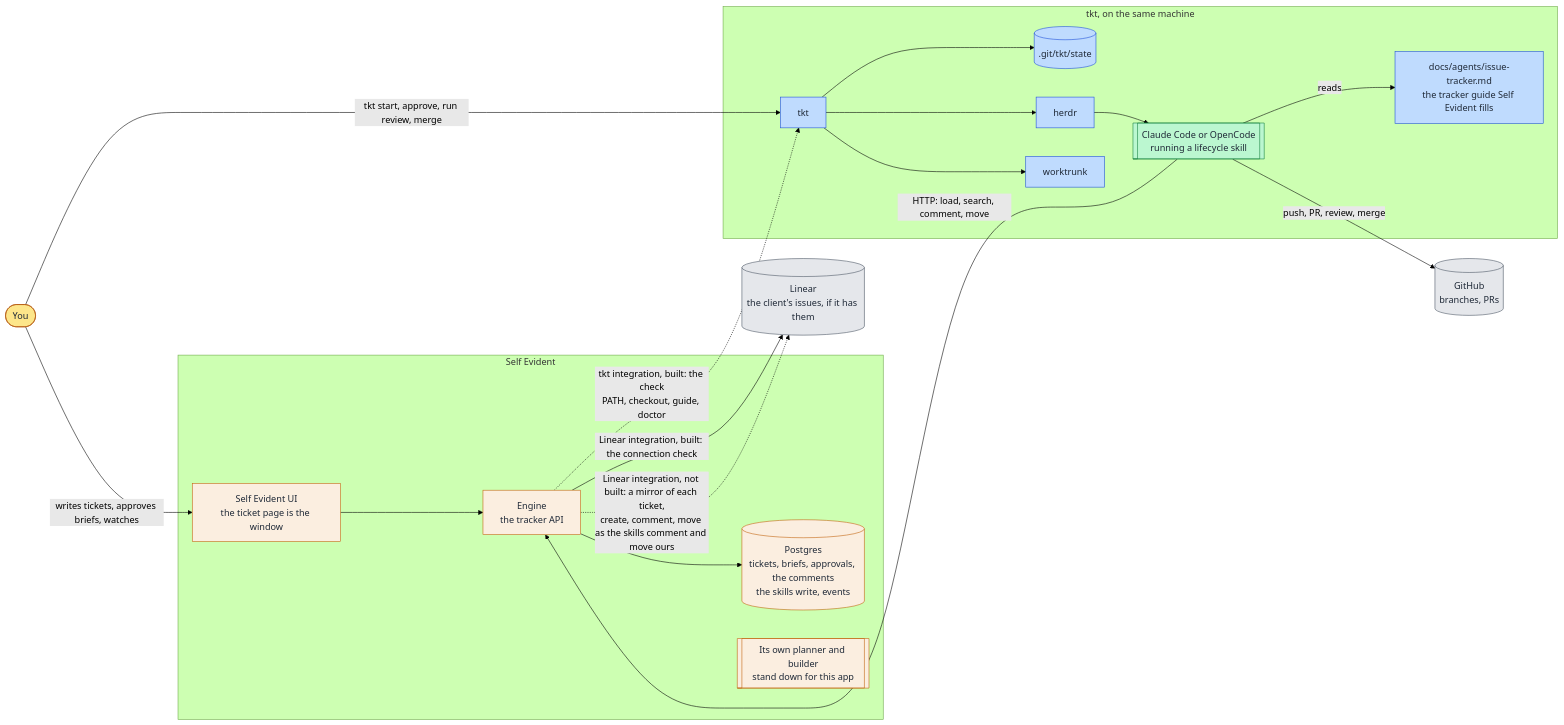
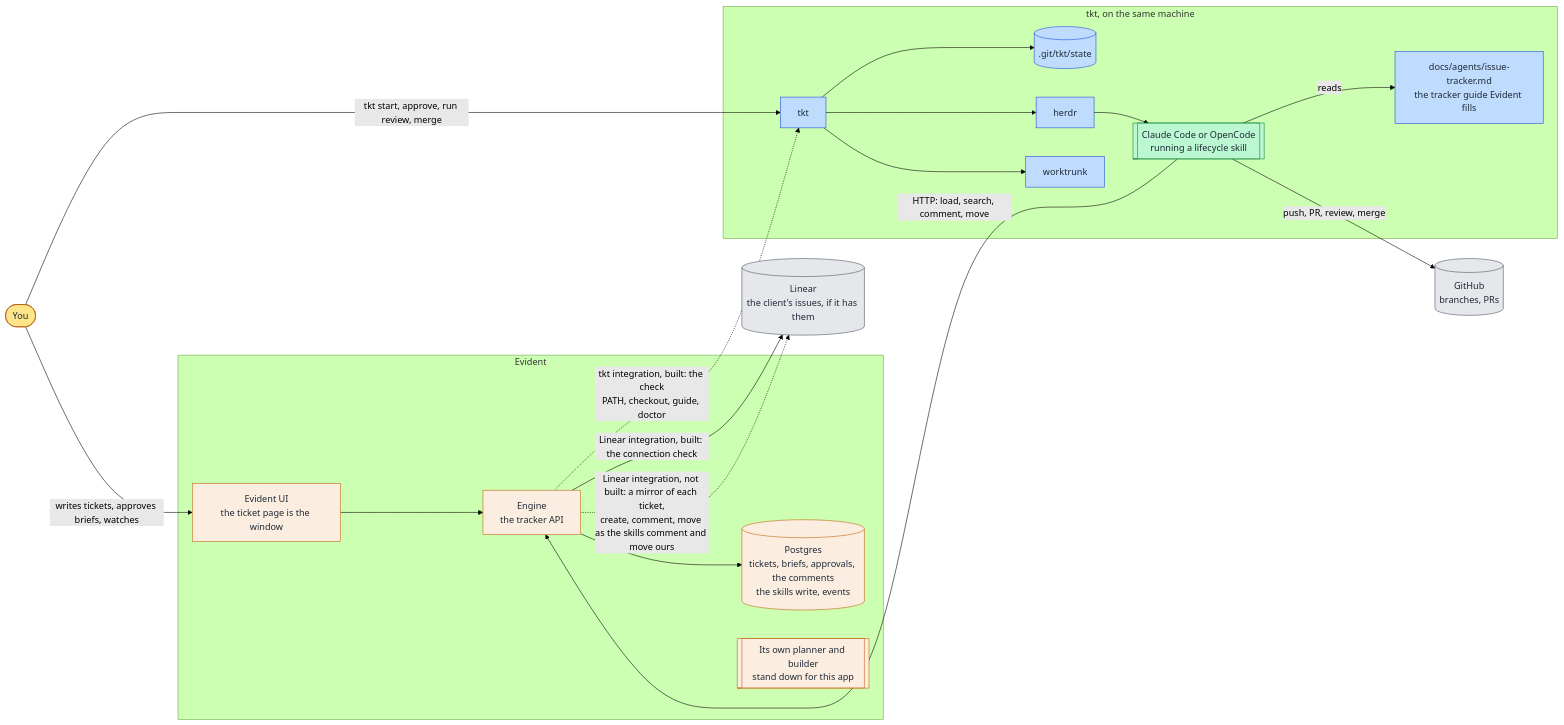
Before and after one commit to infinitedusky/self-evident: the third of 3 diagrams in docs/what-owns-what.md, drawn with Mermaid (forest theme). The commit also changed other lines of this file and 97 other files, not shown here.

````diff
--- a/docs/what-owns-what.md
+++ b/docs/what-owns-what.md
@@ -104,42 +104,42 @@
 ```mermaid
 flowchart LR
   you([You])
-  subgraph se[Self Evident]
-    ui[Self Evident UI<br/>the ticket page is the window]
+  subgraph se[Evident]
+    ui[Evident UI<br/>the ticket page is the window]
     engine[Engine<br/>the tracker API]
     db[(Postgres<br/>tickets, briefs, approvals, the comments<br/>the skills write, events)]
     own[[Its own planner and builder<br/>stand down for this app]]
   end
   subgraph local[tkt, on the same machine]
     tkt[tkt]
     state[(.git/tkt/state)]
     herdr[herdr]
     wt[worktrunk]
     agent[[Claude Code or OpenCode<br/>running a lifecycle skill]]
-    cfg[docs/agents/issue-tracker.md<br/>the tracker guide Self Evident fills]
+    cfg[docs/agents/issue-tracker.md<br/>the tracker guide Evident fills]
   end
   gh[(GitHub<br/>branches, PRs)]
   lin[(Linear<br/>the client's issues, if it has them)]
   you -->|writes tickets, approves briefs, watches| ui --> engine --> db
   you -->|tkt start, approve, run review, merge| tkt
   tkt --> state
   tkt --> herdr --> agent
   tkt --> wt
   agent -->|reads| cfg
   agent -->|HTTP: load, search, comment, move| engine
   agent -->|push, PR, review, merge| gh
   engine -->|Linear integration, built: the connection check| lin
   engine -.->|Linear integration, not built: a mirror of each ticket,<br/>create, comment, move as the skills comment and move ours| lin
   engine -.->|tkt integration, built: the check<br/>PATH, checkout, guide, doctor| tkt
 
   classDef you fill:#fde68a,stroke:#b45309,color:#1f2937
   classDef se fill:#fbeee0,stroke:#c2620b,color:#1f2937
   classDef tkt fill:#bfdbfe,stroke:#1d4ed8,color:#1f2937
   classDef skill fill:#bbf7d0,stroke:#15803d,color:#1f2937
   classDef ext fill:#e5e7eb,stroke:#4b5563,color:#1f2937
   class you you
   class ui,engine,db,own se
   class tkt,state,herdr,wt,cfg tkt
   class agent skill
   class gh,lin ext
 ```
````
